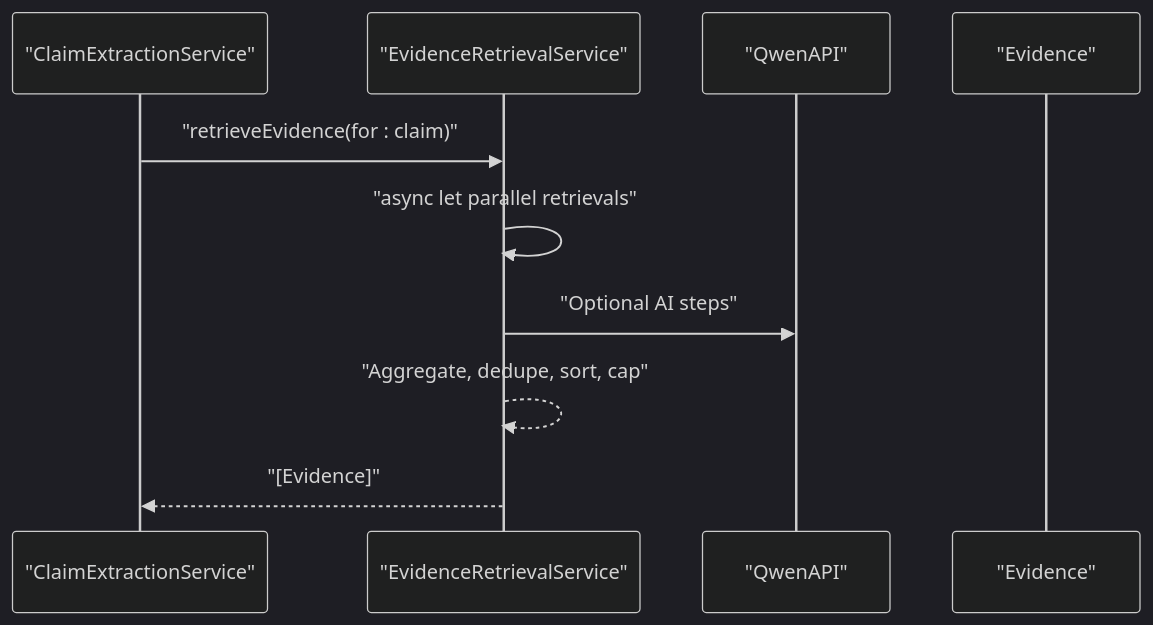
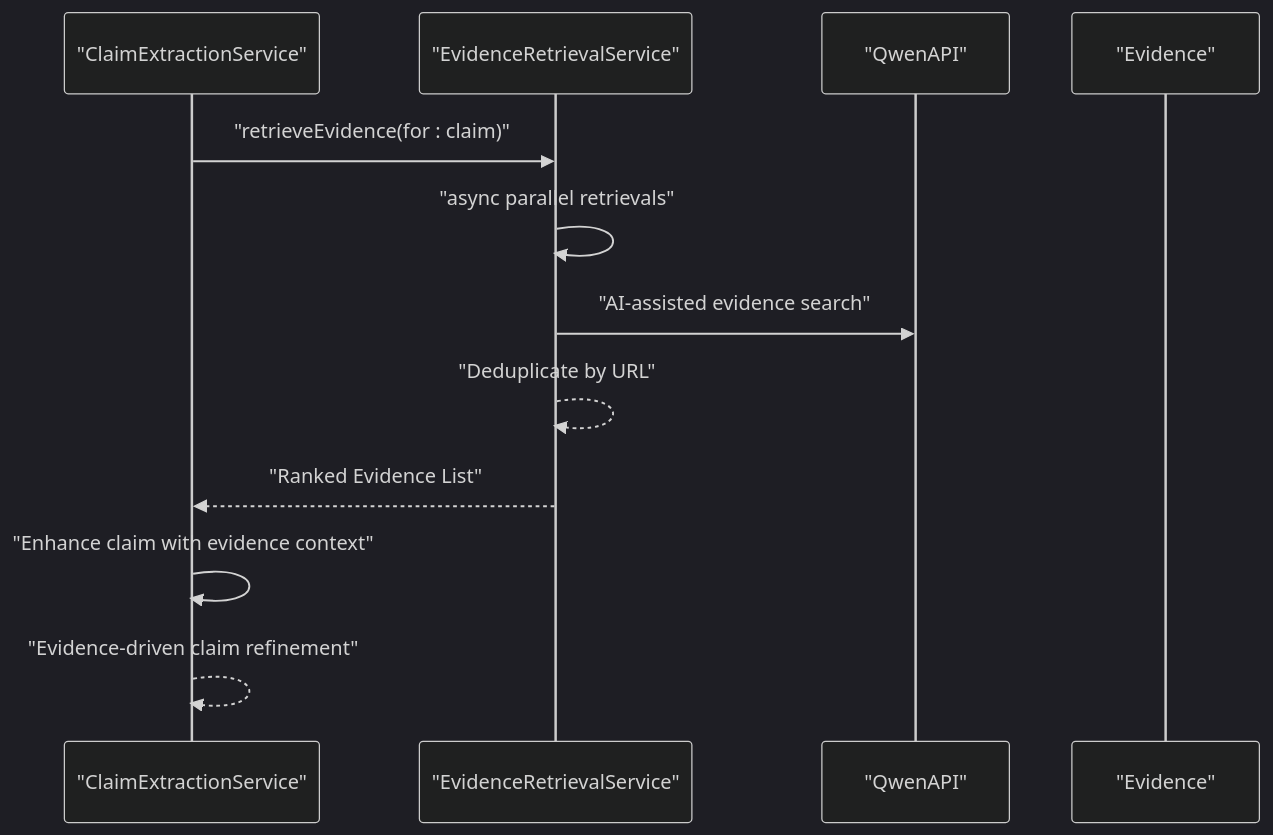
One commit to alexandreybasta-cyber/factshield-ios changed the seventh of 12 diagrams in .qoder/repowiki/en/content/Core Services/Claim Extraction.md. Above: the diagram before and after it, drawn with Mermaid (dark theme). The commit also changed other lines of this file and 97 other files, not shown here.

````diff
--- a/.qoder/repowiki/en/content/Core Services/Claim Extraction.md
+++ b/.qoder/repowiki/en/content/Core Services/Claim Extraction.md
@@ -278,12 +328,14 @@
 ```mermaid
 sequenceDiagram
 participant CE as "ClaimExtractionService"
 participant ER as "EvidenceRetrievalService"
 participant QW as "QwenAPI"
 participant EV as "Evidence"
 CE->>ER : "retrieveEvidence(for : claim)"
-ER->>ER : "async let parallel retrievals"
-ER->>QW : "Optional AI steps"
-ER-->>ER : "Aggregate, dedupe, sort, cap"
-ER-->>CE : "[Evidence]"
+ER->>ER : "async parallel retrievals"
+ER->>QW : "AI-assisted evidence search"
+ER-->>ER : "Deduplicate by URL"
+ER-->>CE : "Ranked Evidence List"
+CE->>CE : "Enhance claim with evidence context"
+CE-->>CE : "Evidence-driven claim refinement"
 ```
````
